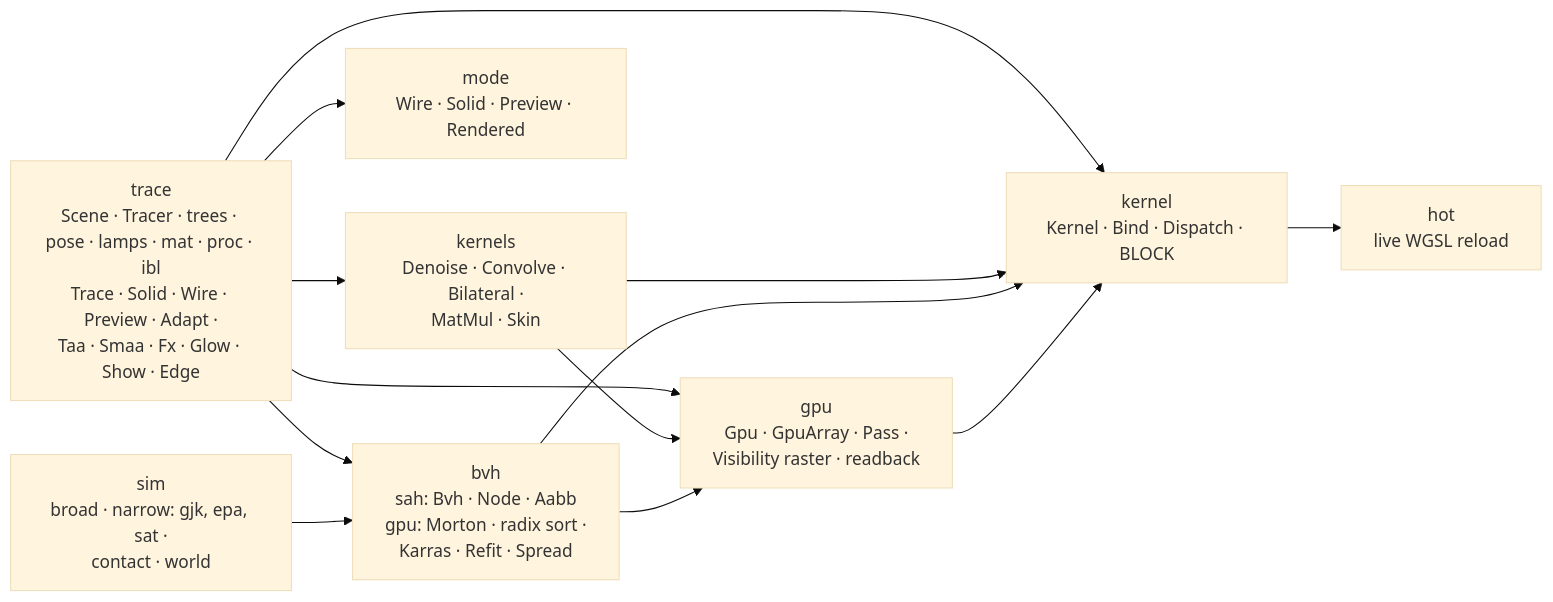
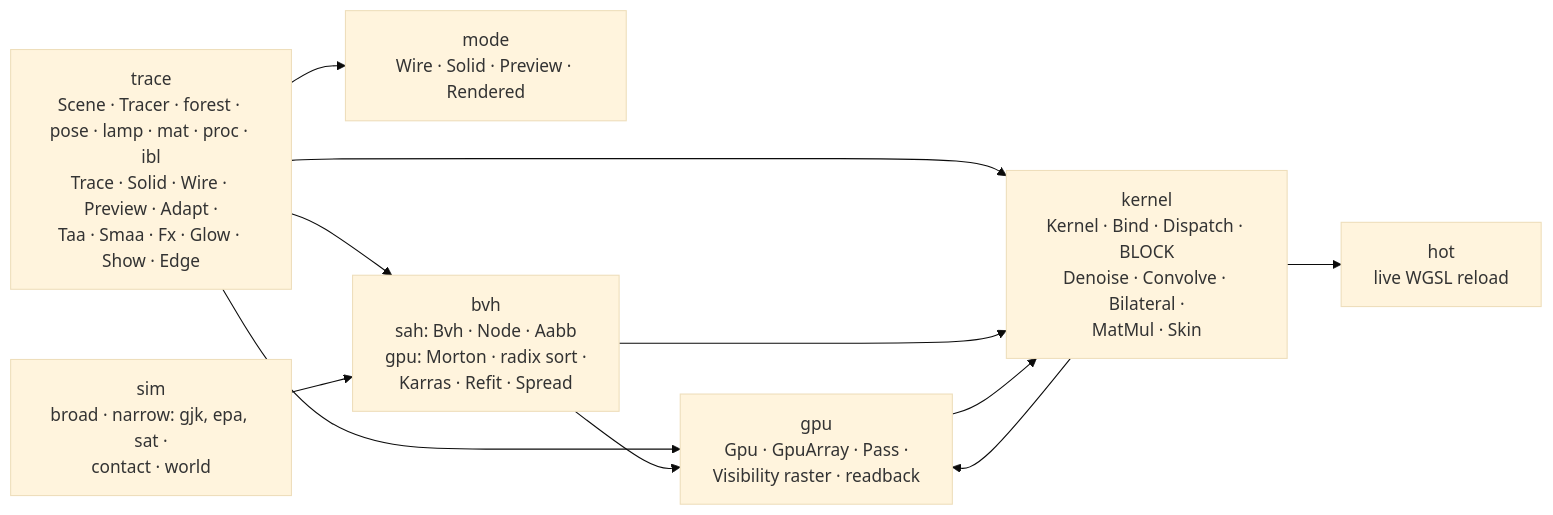
Before and after one commit to gemphi/phiray: the first of 3 diagrams in ARCHITECTURE.md, drawn with Mermaid (base theme). The commit also changed other lines of this file and 11 other files, not shown here.

````diff
--- a/ARCHITECTURE.md
+++ b/ARCHITECTURE.md
@@ -10,23 +10,20 @@
 ```mermaid
 graph LR
-    m_trace["trace<br/>Scene · Tracer · trees · pose · lamps · mat · proc · ibl<br/>Trace · Solid · Wire · Preview · Adapt ·<br/>Taa · Smaa · Fx · Glow · Show · Edge"]
+    m_trace["trace<br/>Scene · Tracer · forest · pose · lamp · mat · proc · ibl<br/>Trace · Solid · Wire · Preview · Adapt ·<br/>Taa · Smaa · Fx · Glow · Show · Edge"]
     m_sim["sim<br/>broad · narrow: gjk, epa, sat ·<br/>contact · world"]
-    m_kernels["kernels<br/>Denoise · Convolve · Bilateral ·<br/>MatMul · Skin"]
     m_mode["mode<br/>Wire · Solid · Preview · Rendered"]
     m_bvh["bvh<br/>sah: Bvh · Node · Aabb<br/>gpu: Morton · radix sort ·<br/>Karras · Refit · Spread"]
     m_gpu["gpu<br/>Gpu · GpuArray · Pass ·<br/>Visibility raster · readback"]
-    m_kernel["kernel<br/>Kernel · Bind · Dispatch · BLOCK"]
+    m_kernel["kernel<br/>Kernel · Bind · Dispatch · BLOCK<br/>Denoise · Convolve · Bilateral ·<br/>MatMul · Skin"]
     m_hot["hot<br/>live WGSL reload"]
     m_trace --> m_bvh
     m_trace --> m_gpu
     m_trace --> m_kernel
-    m_trace --> m_kernels
     m_trace --> m_mode
     m_sim --> m_bvh
-    m_kernels --> m_gpu
-    m_kernels --> m_kernel
+    m_kernel --> m_gpu
     m_bvh --> m_gpu
     m_bvh --> m_kernel
     m_gpu --> m_kernel
     m_kernel --> m_hot
 ```
````
